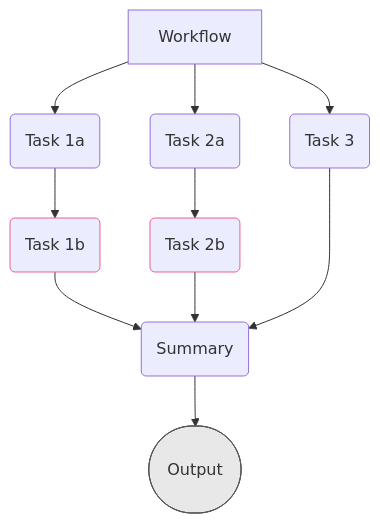
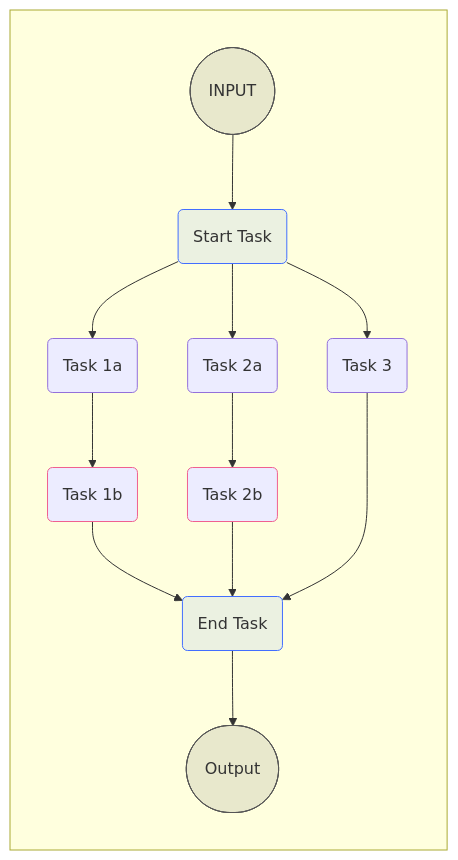
One commit to griptape-ai/griptape-trade-school changed the first of 2 diagrams in docs/courses/compare-movies-workflow/index.md. Above: the diagram before and after it, drawn with Mermaid. The commit also changed other lines of this file, not shown here.

Commit message:
updated initial graphs

````diff
--- a/docs/courses/compare-movies-workflow/index.md
+++ b/docs/courses/compare-movies-workflow/index.md
@@ -3,23 +3,28 @@
 ``` mermaid
 graph TB
-    A[Workflow] 
-    B("Task 1a")
-    C("Task 1b"):::tool
-    I("Summary")
-    G("Task 2a")
-    H("Task 2b"):::tool
-    F("Task 3")
-    J(["\n  Output \n\n"]):::output
+    subgraph " "
+        direction TB
+        AA(["\n INPUT \n\n"]):::output
+        A(Start Task):::main 
+        B("Task 1a")
+        C("Task 1b"):::tool
+        I("End Task"):::main
+        G("Task 2a")
+        H("Task 2b"):::tool
+        F("Task 3")
+        J(["\n  Output \n\n"]):::output
+        AA --> A
+        A --> B --> C --> I
+        A --> G --> H --> I
+        A --> F
+        I --> J
+        F ---> I
+    end
 
-    A --> B --> C --> I
-    A --> G --> H --> I
-    A --> F
-    I --> J
-    F ---> I
-
+    classDef main fill:#4274ff1a, stroke:#426eff
     classDef dash stroke-dasharray: 5 5
     classDef tool stroke:#f06090
     classDef tool-dash stroke:#f06090,stroke-dasharray: 5 5
     classDef output fill:#5552,stroke:#555
 
 ```
````
